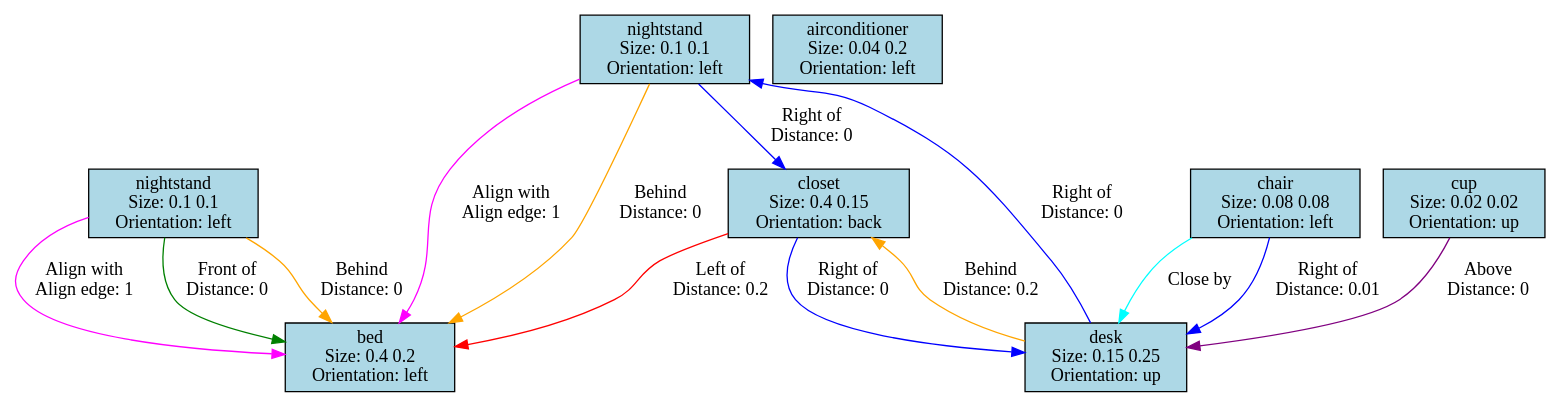
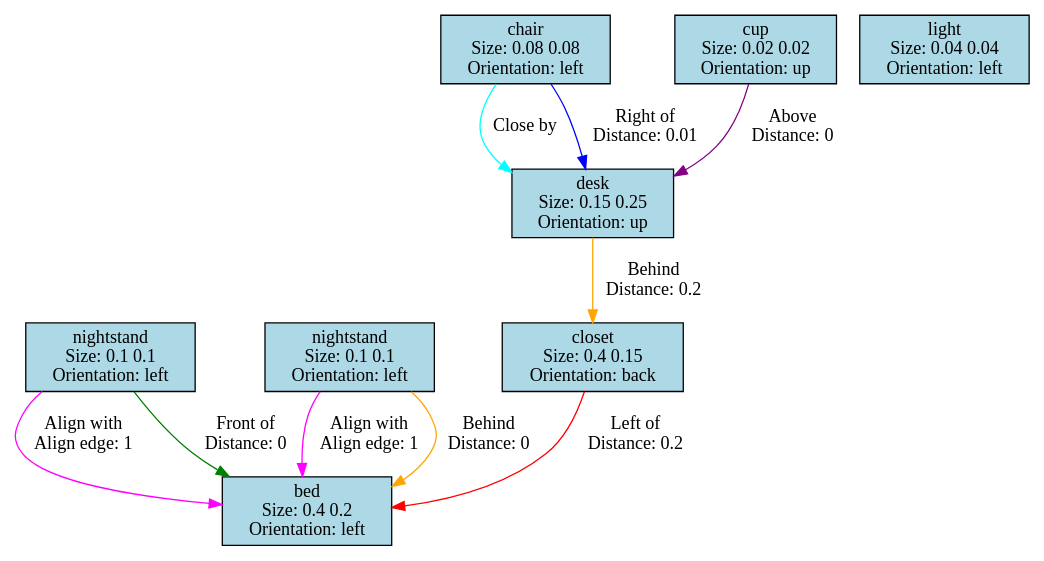
One commit to iambrc/AutoHomePlan changed the diagram in Assets/SceneGraph/graph_in.dot. Above: the diagram before and after it, drawn with Graphviz. The commit also changed 10 other files, not shown here.

```diff
--- a/Assets/SceneGraph/graph_in.dot
+++ b/Assets/SceneGraph/graph_in.dot
@@ -1,23 +1,19 @@
 digraph G {
 0[label="bed\nSize: 0.4 0.2\nOrientation: left", shape=rect, style=filled, fillcolor="lightblue", width=0.4, height=0.2];
 1[label="nightstand\nSize: 0.1 0.1\nOrientation: left", shape=rect, style=filled, fillcolor="lightblue", width=0.1, height=0.1];
 2[label="nightstand\nSize: 0.1 0.1\nOrientation: left", shape=rect, style=filled, fillcolor="lightblue", width=0.1, height=0.1];
 3[label="closet\nSize: 0.4 0.15\nOrientation: back", shape=rect, style=filled, fillcolor="lightblue", width=0.4, height=0.15];
 4[label="desk\nSize: 0.15 0.25\nOrientation: up", shape=rect, style=filled, fillcolor="lightblue", width=0.15, height=0.25];
 5[label="chair\nSize: 0.08 0.08\nOrientation: left", shape=rect, style=filled, fillcolor="lightblue", width=0.08, height=0.08];
-6[label="airconditioner\nSize: 0.04 0.2\nOrientation: left", shape=rect, style=filled, fillcolor="lightblue", width=0.04, height=0.2];
+6[label="light\nSize: 0.04 0.04\nOrientation: left", shape=rect, style=filled, fillcolor="lightblue", width=0.04, height=0.04];
 7[label="cup\nSize: 0.02 0.02\nOrientation: up", shape=rect, style=filled, fillcolor="lightblue", width=0.02, height=0.02];
 1->0 [label="Align with\nAlign edge: 1\n", color="magenta"];
 1->0 [label="Front of\nDistance: 0\n", color="green"];
-1->0 [label="Behind\nDistance: 0\n", color="orange"];
 2->0 [label="Align with\nAlign edge: 1\n", color="magenta"];
 2->0 [label="Behind\nDistance: 0\n", color="orange"];
-2->3 [label="Right of\nDistance: 0\n", color="blue"];
 3->0 [label="Left of\nDistance: 0.2\n", color="red"];
-3->4 [label="Right of\nDistance: 0\n", color="blue"];
 4->3 [label="Behind\nDistance: 0.2\n", color="orange"];
-4->2 [label="Right of\nDistance: 0\n", color="blue"];
 5->4 [label="Close by\n", color="cyan"];
 5->4 [label="Right of\nDistance: 0.01\n", color="blue"];
 7->4 [label="Above\nDistance: 0\n", color="purple"];
 }
```
